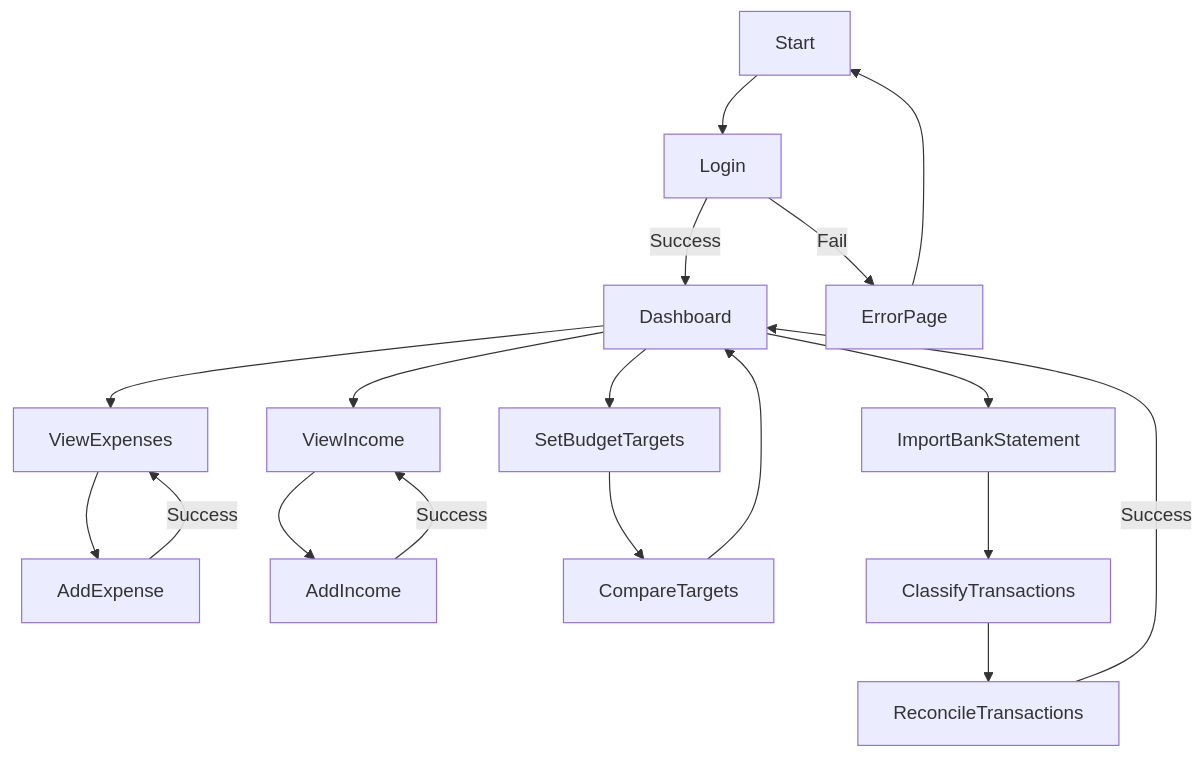
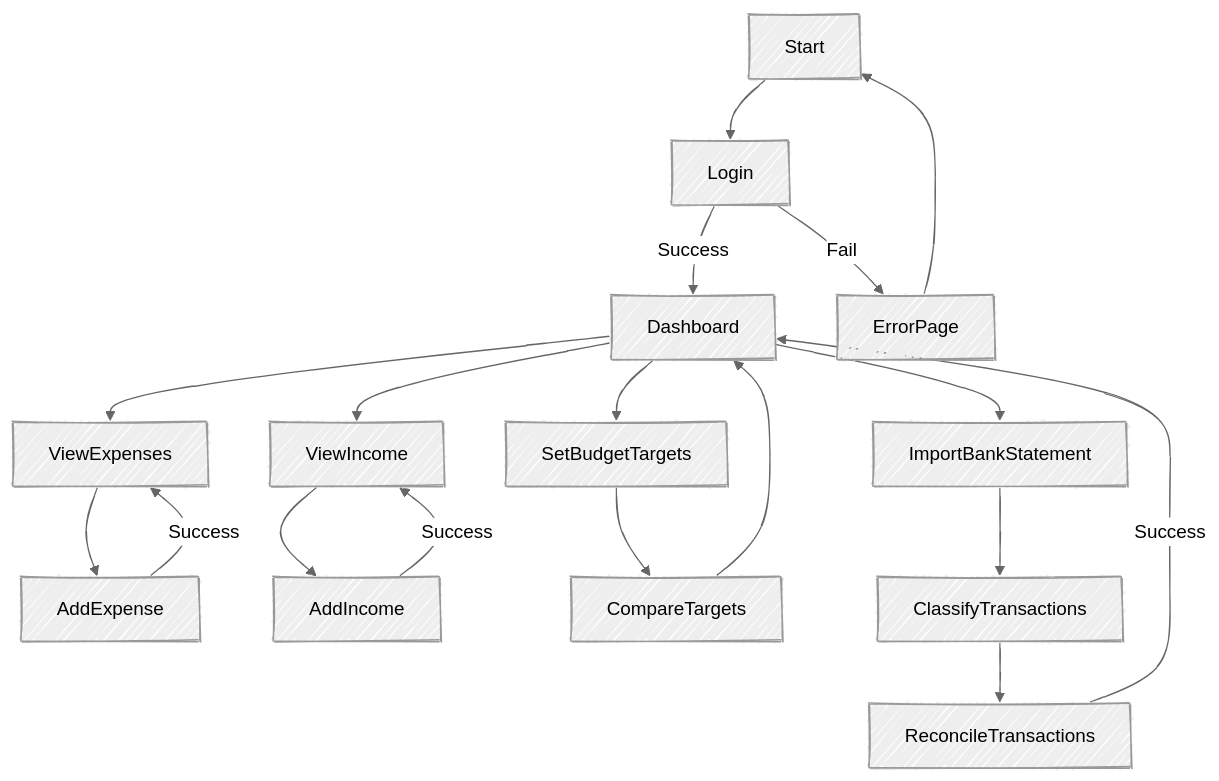
Before and after one commit to massacoount/finsync: the first of 2 diagrams in README.md, drawn with Mermaid. The commit also changed other lines of this file, not shown here.

Commit message:
Update README.md Updating diagram

````diff
--- a/README.md
+++ b/README.md
@@ -111,20 +111,27 @@
 ```mermaid
+---
+config:
+  look: handDrawn
+  theme: neutral
+  class:
+    hideEmptyMembersBox: true
+---
 graph TD
     Start --> Login
     Login -->|Success| Dashboard
     Login -->|Fail| ErrorPage
     Dashboard --> ViewExpenses
     Dashboard --> ViewIncome
     Dashboard --> SetBudgetTargets
     ViewExpenses --> AddExpense
     AddExpense -->|Success| ViewExpenses
     ViewIncome --> AddIncome
     AddIncome -->|Success| ViewIncome
     SetBudgetTargets --> CompareTargets
     CompareTargets --> Dashboard
     Dashboard --> ImportBankStatement
     ImportBankStatement --> ClassifyTransactions
     ClassifyTransactions --> ReconcileTransactions
     ReconcileTransactions -->|Success| Dashboard
     ErrorPage --> Start
 ```
````
